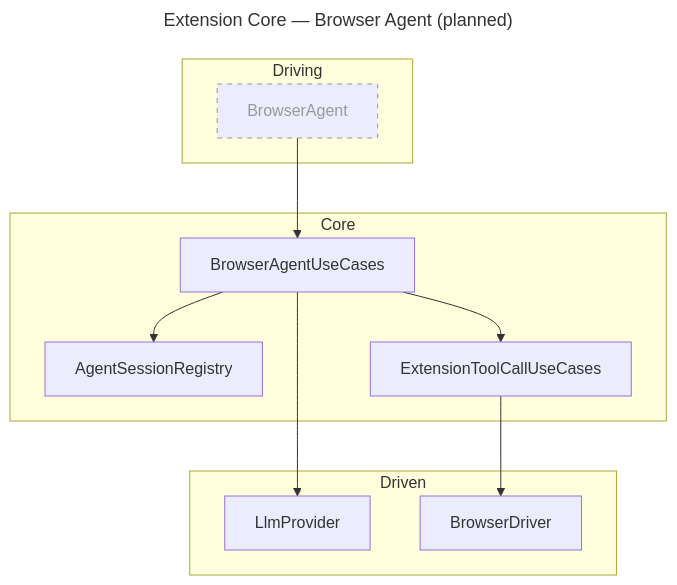
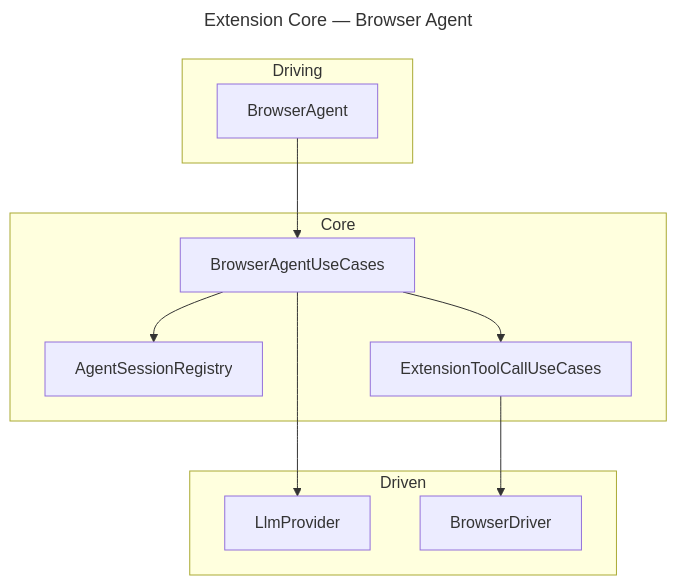
One commit to ndthanhdev/mcp-browser-kit changed the seventh of 12 diagrams in docs/architecture.md. Above: the diagram before and after it, drawn with Mermaid. The commit also changed other lines of this file and 101 other files, not shown here.

````diff
--- a/docs/architecture.md
+++ b/docs/architecture.md
@@ -198,26 +195,23 @@
 ```mermaid
 ---
-title: Extension Core — Browser Agent (planned)
+title: Extension Core — Browser Agent
 ---
 flowchart TB
   subgraph Driving["Driving"]
     BrowserAgent
   end
   subgraph Core["Core"]
     BrowserAgentUseCases
     AgentSessionRegistry
     ExtensionToolCallUseCases
   end
   subgraph Driven["Driven"]
     LlmProvider
     BrowserDriver
   end
   BrowserAgent --> BrowserAgentUseCases
   BrowserAgentUseCases --> AgentSessionRegistry
   BrowserAgentUseCases --> LlmProvider
   BrowserAgentUseCases --> ExtensionToolCallUseCases
   ExtensionToolCallUseCases --> BrowserDriver
-
-  classDef planned stroke-dasharray:5 5,stroke:#999,color:#999;
-  class BrowserAgent planned;
 ```
````
